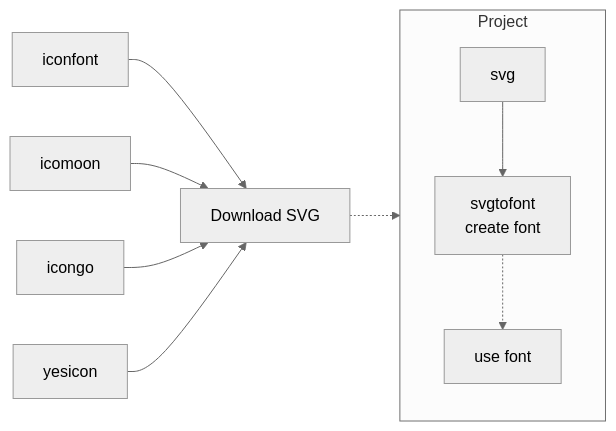
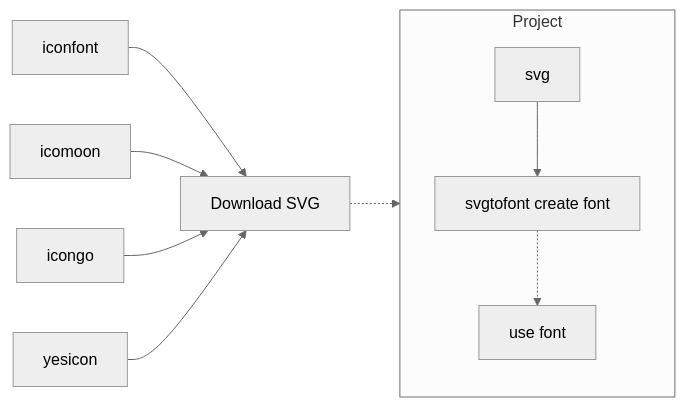
The diagram in README.md (jaywcjlove/svgtofont), drawn with Mermaid (neutral theme) before and after one commit.

Commit message:
doc: update document.

````diff
--- a/README.md
+++ b/README.md
@@ -59,16 +59,16 @@
 ```mermaid
 graph LR;
     A[iconfont]-->C[Download SVG];
     B[icomoon]-->C;
     D[icongo]-->C;
     E[yesicon]-->C;
     click A "https://www.iconfont.cn" "阿里巴巴矢量图标库" _blank
     click B "https://icomoon.io" "Pixel Perfect Icon Solutions" _blank
     click D "https://icongo.github.io" "Include popular icons in your React projects easily icons." _blank
     click E "https://yesicon.app/" "216,162 High-Quality Vector Icons from Top Design Teams." _blank
     C .-> ide1
     subgraph ide1 [Project]
-        svg -->a2[svgtofont\ncreate font]
+        svg -->a2[svgtofont create font]
         a2 .-> b3[use font]
     end
 ```
````
